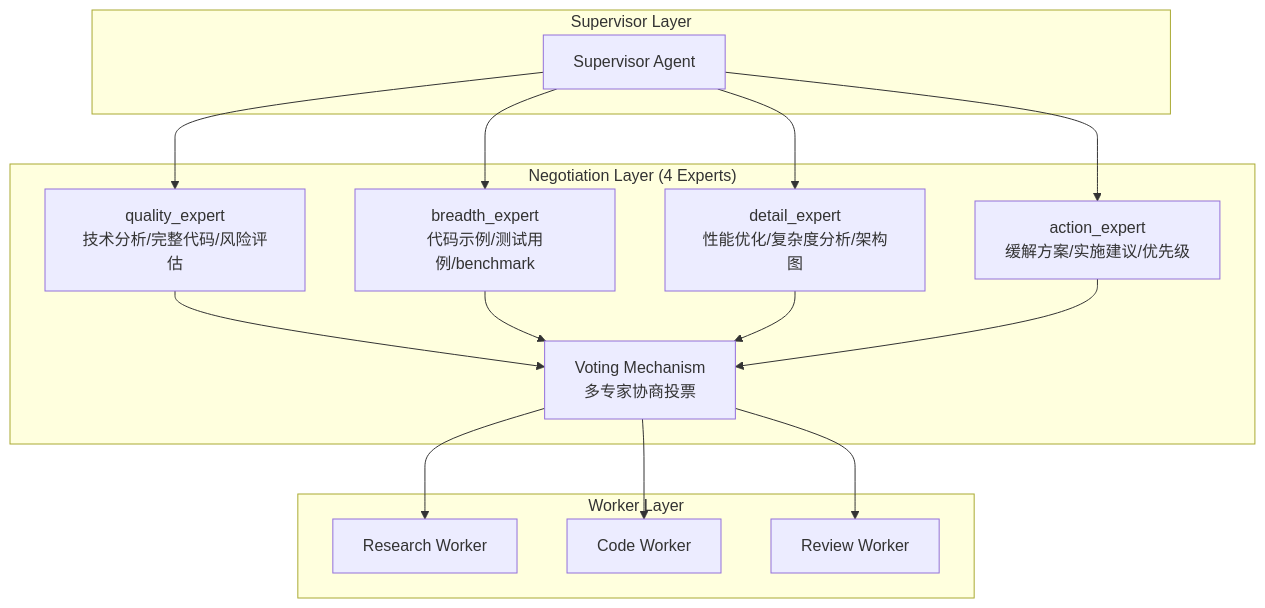
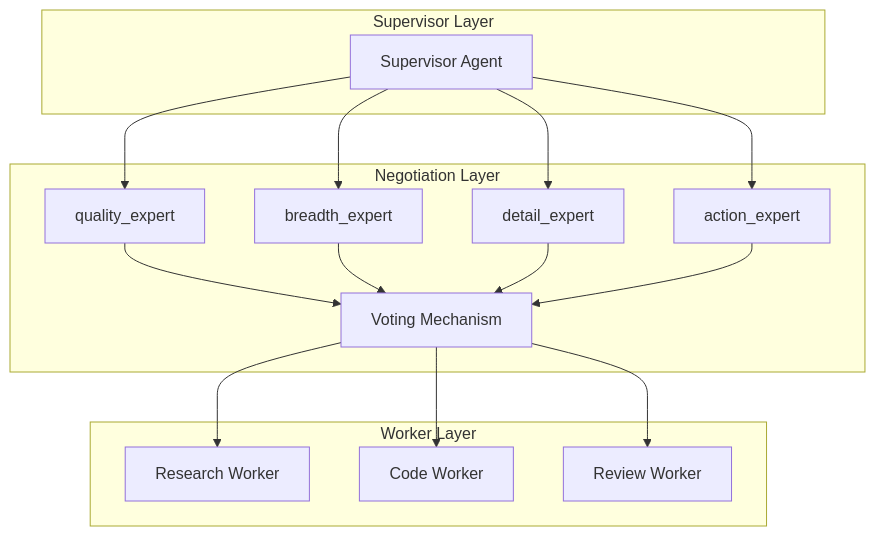
One commit to xiangbianpangde/mas-evolution-test changed the diagram in README.md. Above: the diagram before and after it, drawn with Mermaid. The commit also changed other lines of this file, not shown here.

````diff
--- a/README.md
+++ b/README.md
@@ -26,32 +16,32 @@
 ```mermaid
 graph TB
     subgraph "Supervisor Layer"
         S[Supervisor Agent]
     end
     
-    subgraph "Negotiation Layer (4 Experts)"
-        Q1[quality_expert<br/>技术分析/完整代码/风险评估]
-        Q2[breadth_expert<br/>代码示例/测试用例/benchmark]
-        Q3[detail_expert<br/>性能优化/复杂度分析/架构图]
-        Q4[action_expert<br/>缓解方案/实施建议/优先级]
-        V[Voting Mechanism<br/>多专家协商投票]
+    subgraph "Negotiation Layer"
+        Q1[quality_expert]
+        Q2[breadth_expert]
+        Q3[detail_expert]
+        Q4[action_expert]
+        V[Voting Mechanism]
     end
     
     subgraph "Worker Layer"
         W1[Research Worker]
         W2[Code Worker]
         W3[Review Worker]
     end
     
     S --> Q1
     S --> Q2
     S --> Q3
     S --> Q4
     Q1 --> V
     Q2 --> V
     Q3 --> V
     Q4 --> V
     V --> W1
     V --> W2
     V --> W3
 ```
````
